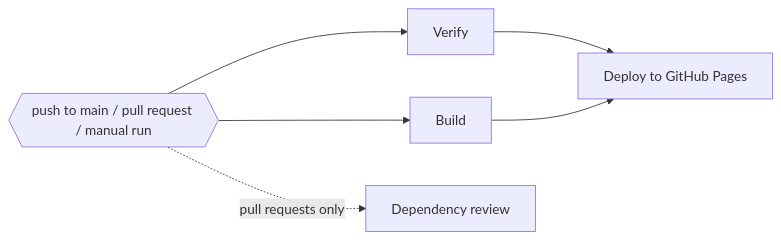
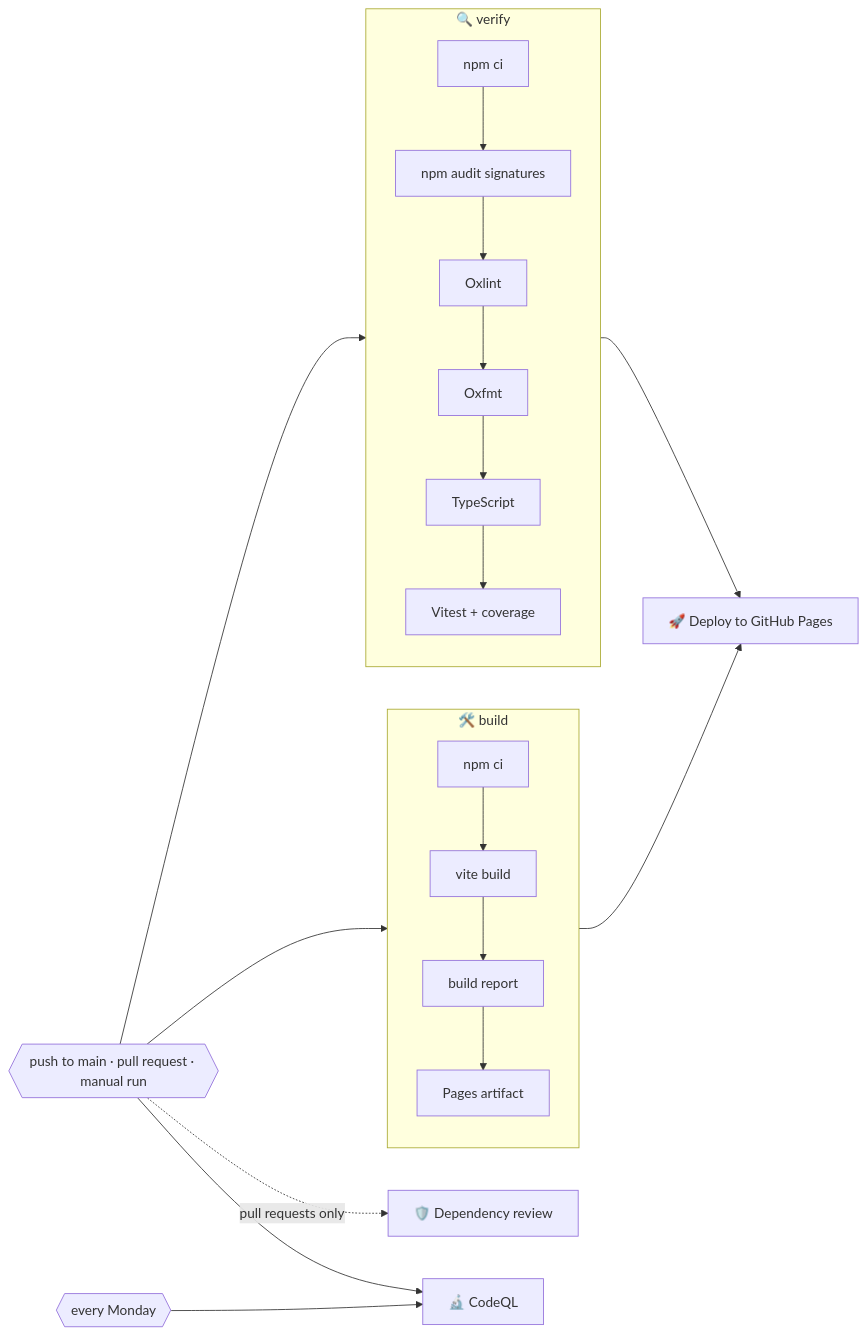
One commit to sacrificed666/react-todo-app changed the first of 2 diagrams in docs/deployment.md. Above: the diagram before and after it, drawn with Mermaid. The commit also changed other lines of this file and 263 other files, not shown here.

````diff
--- a/docs/deployment.md
+++ b/docs/deployment.md
@@ -7,9 +7,21 @@
 ```mermaid
 flowchart LR
-  Trigger{{push to main / pull request / manual run}} --> Verify
+  Trigger{{"push to main · pull request · manual run"}} --> Verify
   Trigger --> Build
-  Trigger -. pull requests only .-> Review[Dependency review]
-  Verify --> Deploy
+  Trigger -. pull requests only .-> Review[🛡️ Dependency review]
+  Trigger --> CodeQL[🔬 CodeQL]
+  Weekly{{"every Monday"}} --> CodeQL
+
+  subgraph Verify[🔍 verify]
+    direction TB
+    V1[npm ci] --> V2[npm audit signatures] --> V3[Oxlint] --> V4[Oxfmt] --> V5[TypeScript] --> V6[Vitest + coverage]
+  end
+
+  subgraph Build[🛠️ build]
+    direction TB
+    B1[npm ci] --> B2[vite build] --> B3[build report] --> B4[Pages artifact]
+  end
+
+  Verify --> Deploy[🚀 Deploy to GitHub Pages]
   Build --> Deploy
-  Deploy[Deploy to GitHub Pages]
 ```
````
